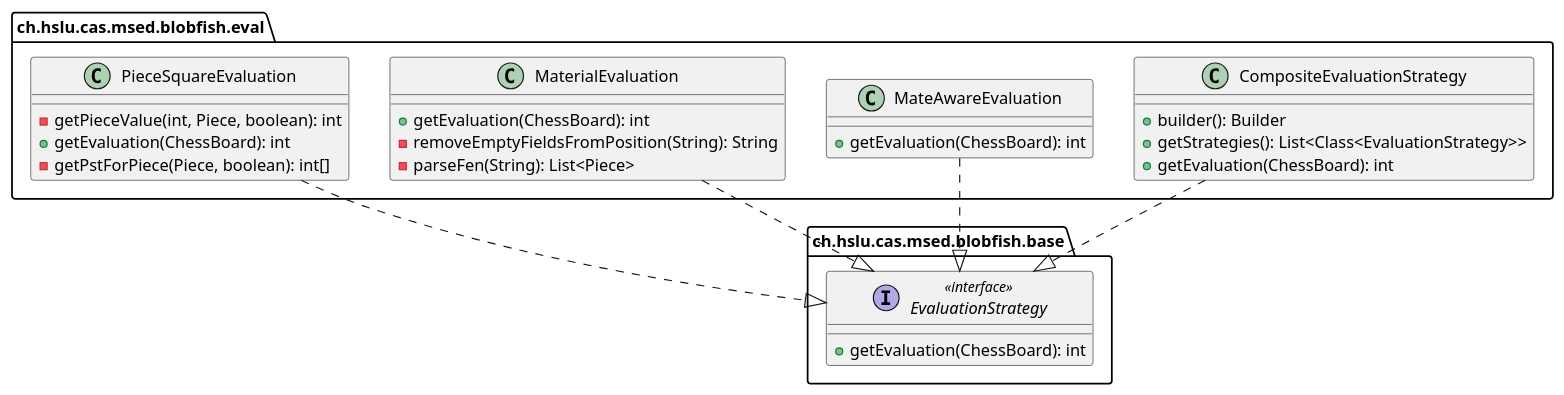
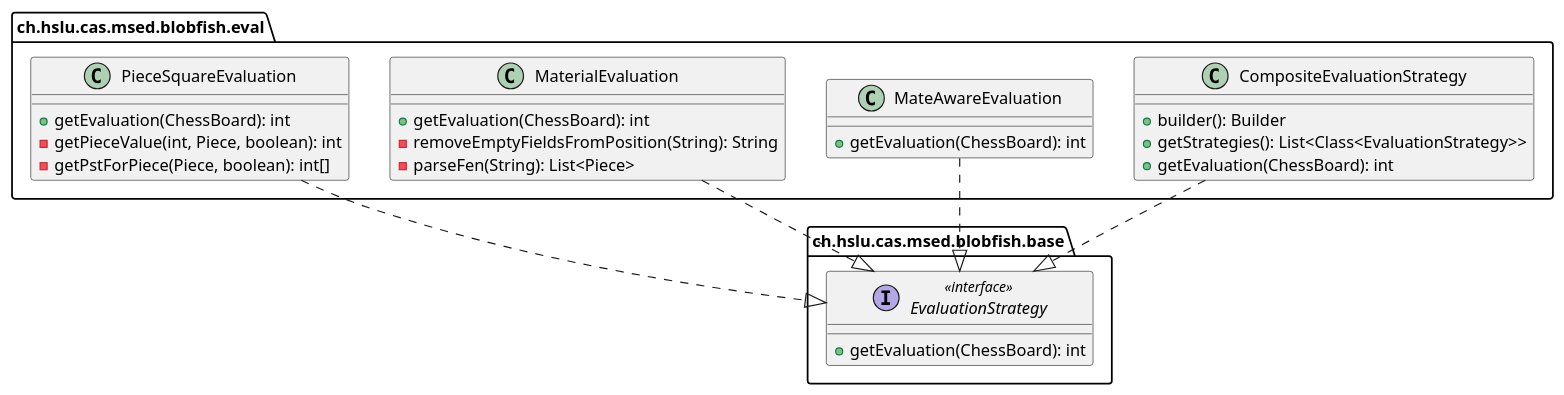
The diagram in docs/plantuml/softwarearchitektur/eval-code.puml (l2c0r3/blobfish), drawn with PlantUML before and after one commit. The commit also changed other lines of this file, not shown here.

```diff
--- a/docs/plantuml/softwarearchitektur/eval-code.puml
+++ b/docs/plantuml/softwarearchitektur/eval-code.puml
@@ -1,41 +1,41 @@
 @startuml
 
 top to bottom direction
 
 set namespaceSeparator none
 
 package "ch.hslu.cas.msed.blobfish.base" {
     interface EvaluationStrategy << interface >> {
       + getEvaluation(ChessBoard): int
     }
 }
 
 package "ch.hslu.cas.msed.blobfish.eval" {
     class CompositeEvaluationStrategy {
       + builder(): Builder
       + getStrategies(): List<Class<EvaluationStrategy>>
       + getEvaluation(ChessBoard): int
     }
     class MateAwareEvaluation {
       + getEvaluation(ChessBoard): int
     }
     class MaterialEvaluation {
       + getEvaluation(ChessBoard): int
       - removeEmptyFieldsFromPosition(String): String
       - parseFen(String): List<Piece>
     }
     class PieceSquareEvaluation {
+      + getEvaluation(ChessBoard): int
       - getPieceValue(int, Piece, boolean): int
-      + getEvaluation(ChessBoard): int
       - getPstForPiece(Piece, boolean): int[]
     }
 }
 
 EvaluationStrategy -[hidden]down- CompositeEvaluationStrategy
 
 CompositeEvaluationStrategy  -[dashed]-^  EvaluationStrategy
 MateAwareEvaluation          -[dashed]-^  EvaluationStrategy
 MaterialEvaluation           -[dashed]-^  EvaluationStrategy
 PieceSquareEvaluation        -[dashed]-^  EvaluationStrategy
 
 @enduml
```
